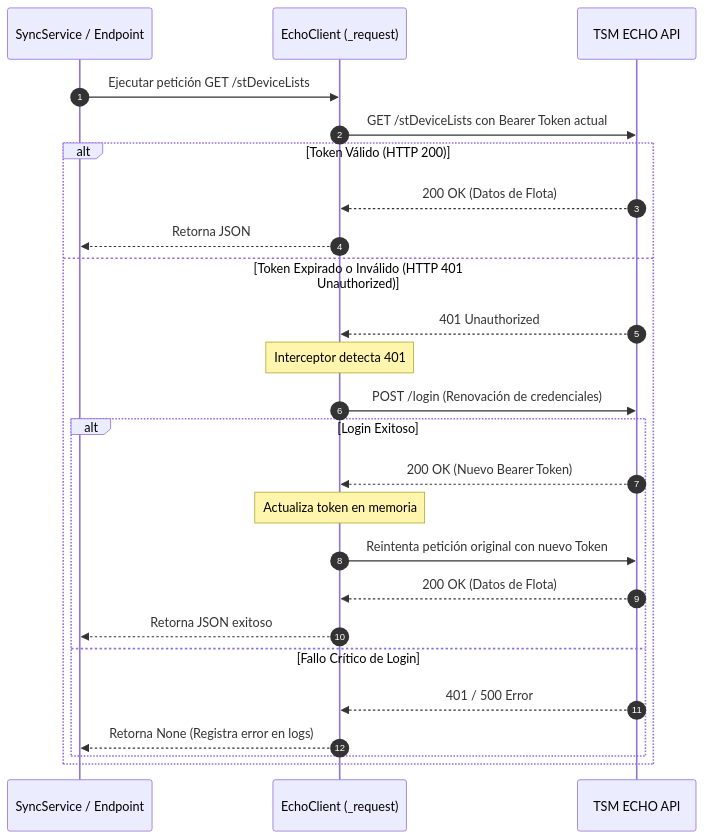
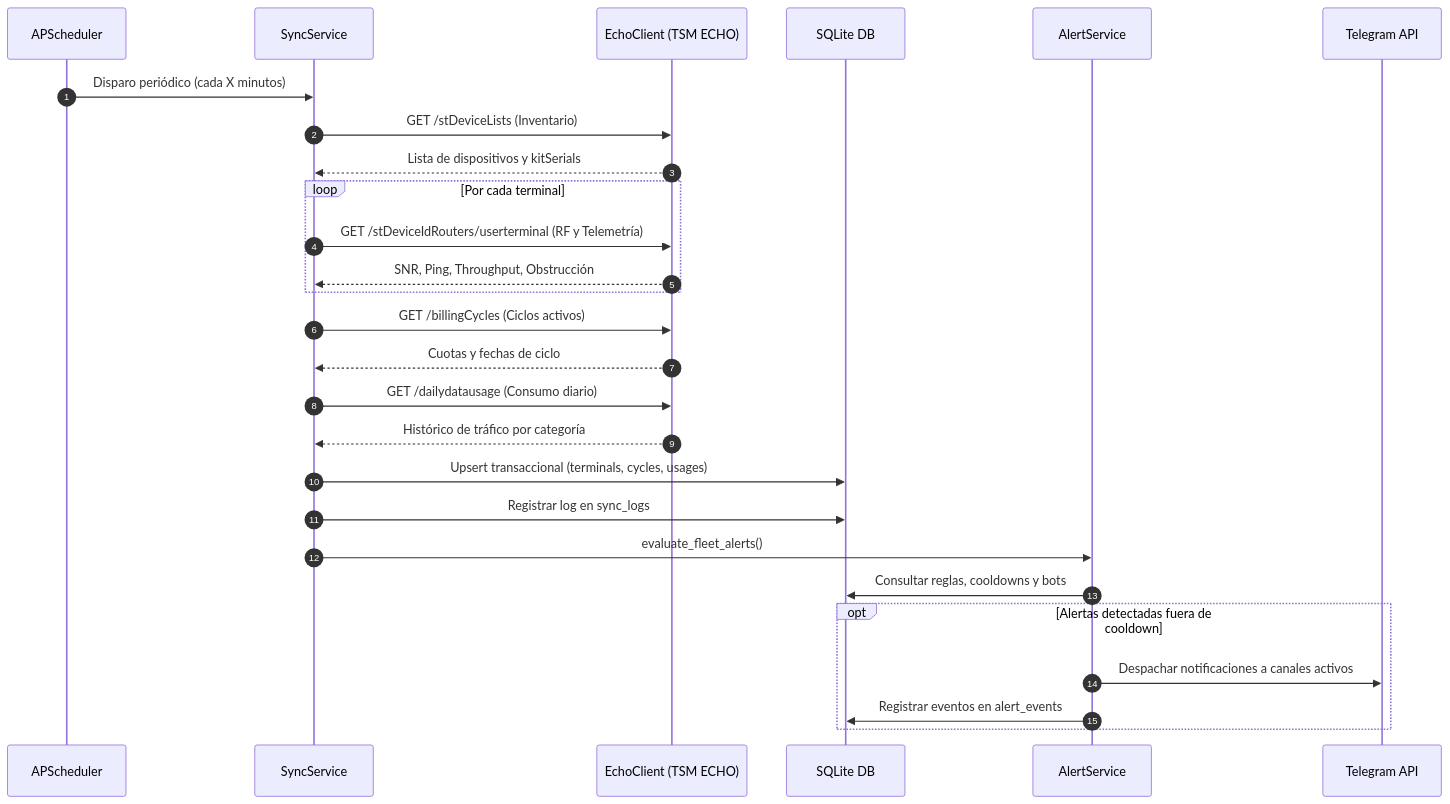
Before and after one commit to larentimatias7-oss/startlnk: the second of 3 diagrams in docs/ARCHITECTURE.md, drawn with Mermaid. The commit also changed other lines of this file and 4 other files, not shown here.

````diff
--- a/docs/ARCHITECTURE.md
+++ b/docs/ARCHITECTURE.md
@@ -117,28 +139,35 @@
 ```mermaid
 sequenceDiagram
     autonumber
-    participant S as SyncService / Endpoint
-    participant C as EchoClient (_request)
-    participant E as TSM ECHO API
+    participant Sch as APScheduler
+    participant Sync as SyncService
+    participant Echo as EchoClient (TSM ECHO)
+    participant DB as SQLite DB
+    participant Alert as AlertService
+    participant TG as Telegram API
 
-    S->>C: Ejecutar petición GET /stDeviceLists
-    C->>E: GET /stDeviceLists con Bearer Token actual
-    alt Token Válido (HTTP 200)
-        E-->>C: 200 OK (Datos de Flota)
-        C-->>S: Retorna JSON
-    else Token Expirado o Inválido (HTTP 401 Unauthorized)
-        E-->>C: 401 Unauthorized
-        Note over C: Interceptor detecta 401
-        C->>E: POST /login (Renovación de credenciales)
-        alt Login Exitoso
-            E-->>C: 200 OK (Nuevo Bearer Token)
-            Note over C: Actualiza token en memoria
-            C->>E: Reintenta petición original con nuevo Token
-            E-->>C: 200 OK (Datos de Flota)
-            C-->>S: Retorna JSON exitoso
-        else Fallo Crítico de Login
-            E-->>C: 401 / 500 Error
-            C-->>S: Retorna None (Registra error en logs)
-        end
+    Sch->>Sync: Disparo periódico (cada X minutos)
+    Sync->>Echo: GET /stDeviceLists (Inventario)
+    Echo-->>Sync: Lista de dispositivos y kitSerials
+    
+    loop Por cada terminal
+        Sync->>Echo: GET /stDeviceIdRouters/userterminal (RF y Telemetría)
+        Echo-->>Sync: SNR, Ping, Throughput, Obstrucción
+    end
+
+    Sync->>Echo: GET /billingCycles (Ciclos activos)
+    Echo-->>Sync: Cuotas y fechas de ciclo
+    
+    Sync->>Echo: GET /dailydatausage (Consumo diario)
+    Echo-->>Sync: Histórico de tráfico por categoría
+    
+    Sync->>DB: Upsert transaccional (terminals, cycles, usages)
+    Sync->>DB: Registrar log en sync_logs
+    
+    Sync->>Alert: evaluate_fleet_alerts()
+    Alert->>DB: Consultar reglas, cooldowns y bots
+    opt Alertas detectadas fuera de cooldown
+        Alert->>TG: Despachar notificaciones a canales activos
+        Alert->>DB: Registrar eventos en alert_events
     end
 ```
````
